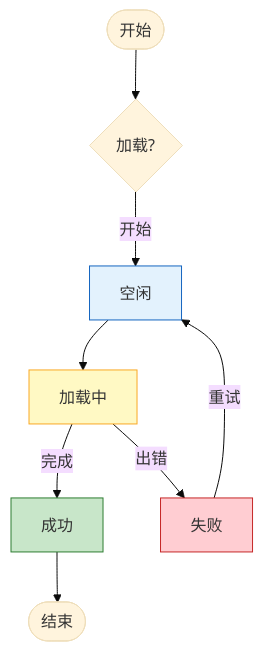
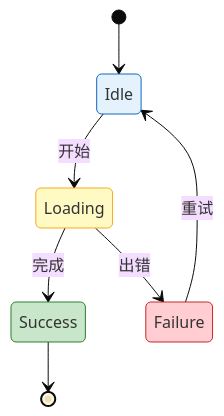
One commit to Geekstrange/Aropyt changed the sixth of 12 diagrams in test/mermaid-color.md. Above: the diagram before and after it, drawn with Mermaid (base theme). The commit also changed other lines of this file and 12 other files, not shown here.

````diff
--- a/test/mermaid-color.md
+++ b/test/mermaid-color.md
@@ -93,20 +91,19 @@
 ```mermaid
-flowchart TD
-    A([开始]) --> B{加载?}
-    B -- 开始 --> C[空闲]
-    C --> D[加载中]
-    D -- 完成 --> E[成功]
-    D -- 出错 --> F[失败]
-    F -- 重试 --> C
-    E --> G([结束])
+stateDiagram-v2
+    [*] --> Idle
+    Idle --> Loading: 开始
+    Loading --> Success: 完成
+    Loading --> Failure: 出错
+    Success --> [*]
+    Failure --> Idle: 重试
 
     classDef idle fill:#e3f2fd,stroke:#1565c0
     classDef loading fill:#fff9c4,stroke:#f9a825
     classDef ok fill:#c8e6c9,stroke:#2e7d32
     classDef err fill:#ffcdd2,stroke:#c62828
 
-    class C idle
-    class D loading
-    class E ok
-    class F err
+    class Idle idle
+    class Loading loading
+    class Success ok
+    class Failure err
 ```
````
